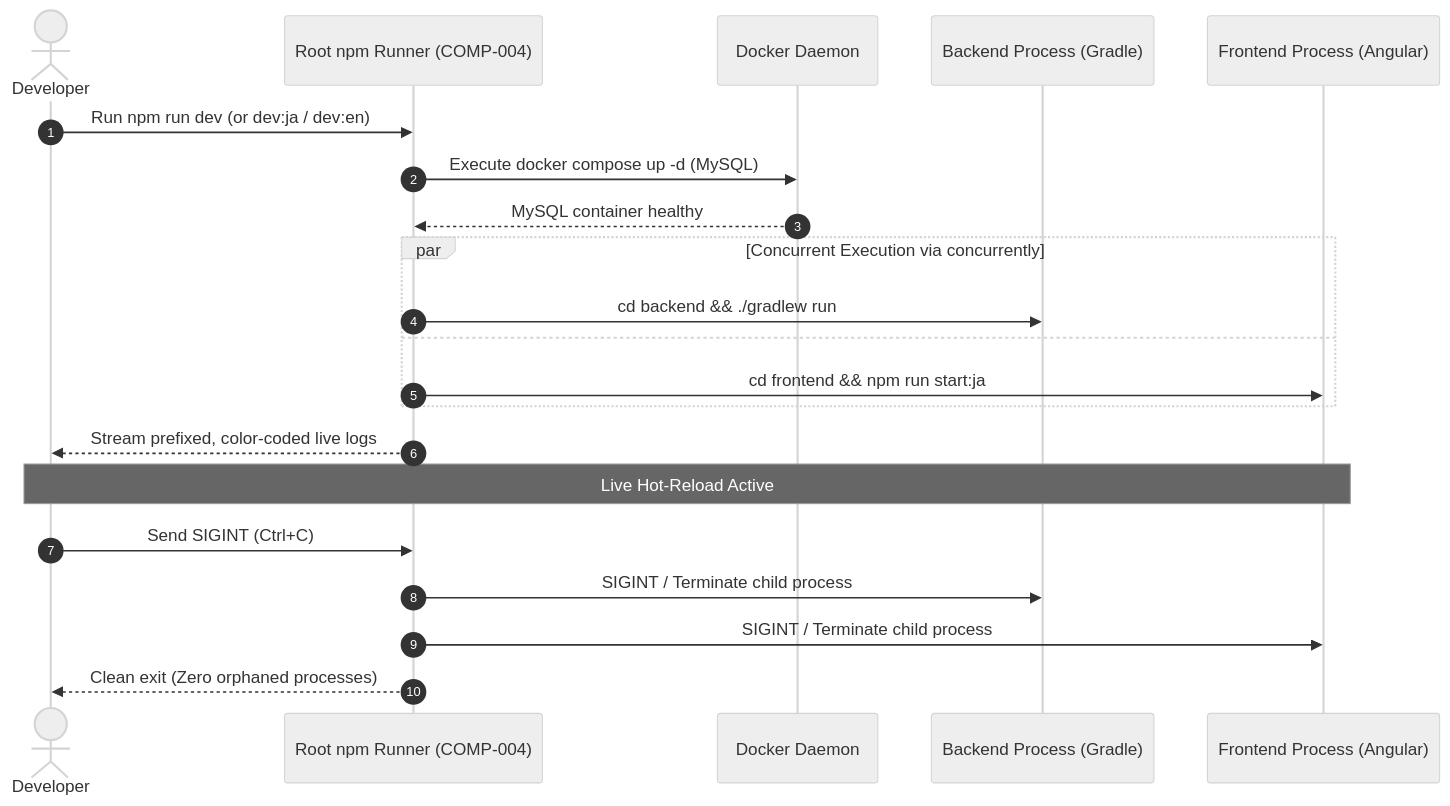
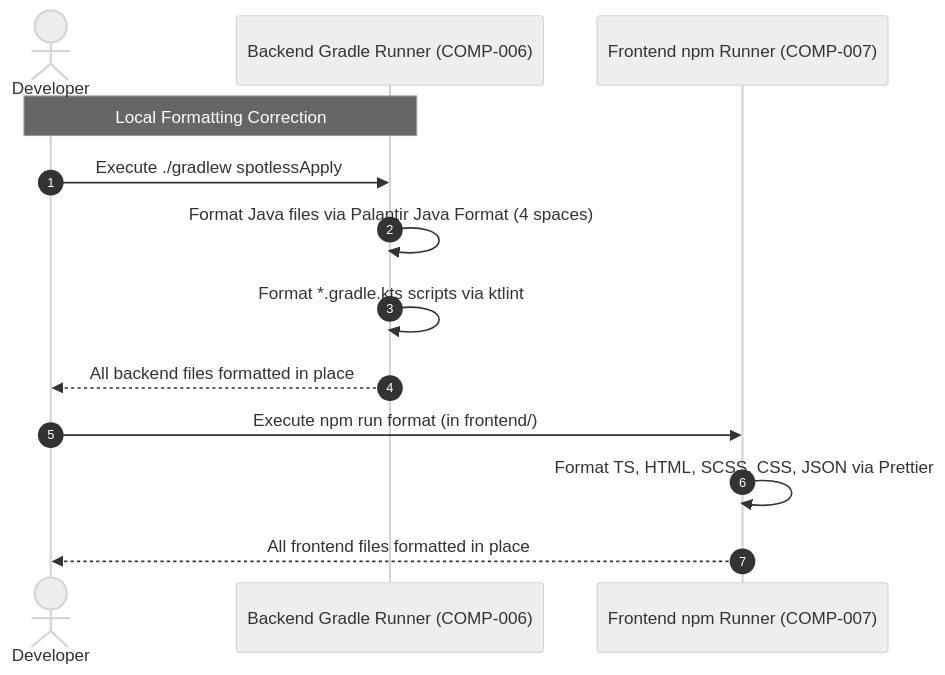
The third of 3 diagrams in docs/specs/ci-and-repo-automation/design.md (green-tea-stalk/swe-workflow-playground), drawn with Mermaid (neutral theme) before and after one commit. The commit also changed other lines of this file and 5 other files, not shown here.

````diff
--- a/docs/specs/ci-and-repo-automation/design.md
+++ b/docs/specs/ci-and-repo-automation/design.md
@@ -96,24 +117,17 @@
 ```mermaid
 sequenceDiagram
     autonumber
     actor Dev as Developer
-    participant Orchestrator as Root npm Runner (COMP-004)
-    participant Docker as Docker Daemon
-    participant Backend as Backend Process (Gradle)
-    participant Frontend as Frontend Process (Angular)
+    participant BackendCLI as Backend Gradle Runner (COMP-006)
+    participant FrontendCLI as Frontend npm Runner (COMP-007)
 
-    Dev->>Orchestrator: Run npm run dev (or dev:ja / dev:en)
-    Orchestrator->>Docker: Execute docker compose up -d (MySQL)
-    Docker-->>Orchestrator: MySQL container healthy
-    par Concurrent Execution via concurrently
-        Orchestrator->>Backend: cd backend && ./gradlew run
-    and
-        Orchestrator->>Frontend: cd frontend && npm run start:ja
-    end
-    Orchestrator-->>Dev: Stream prefixed, color-coded live logs
-    Note over Dev,Frontend: Live Hot-Reload Active
-    Dev->>Orchestrator: Send SIGINT (Ctrl+C)
-    Orchestrator->>Backend: SIGINT / Terminate child process
-    Orchestrator->>Frontend: SIGINT / Terminate child process
-    Orchestrator-->>Dev: Clean exit (Zero orphaned processes)
+    Note over Dev,BackendCLI: Local Formatting Correction
+    Dev->>BackendCLI: Execute ./gradlew spotlessApply
+    BackendCLI->>BackendCLI: Format Java files via Palantir Java Format (4 spaces)
+    BackendCLI->>BackendCLI: Format *.gradle.kts scripts via ktlint
+    BackendCLI-->>Dev: All backend files formatted in place
+
+    Dev->>FrontendCLI: Execute npm run format (in frontend/)
+    FrontendCLI->>FrontendCLI: Format TS, HTML, SCSS, CSS, JSON via Prettier
+    FrontendCLI-->>Dev: All frontend files formatted in place
 ```
````
